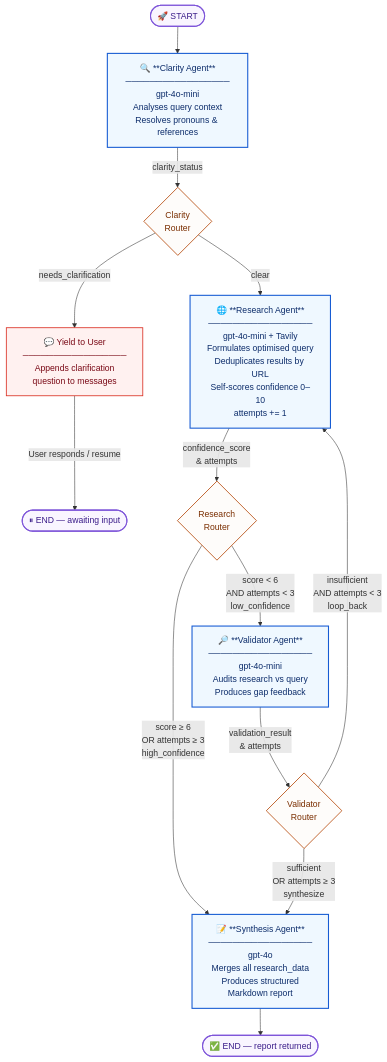
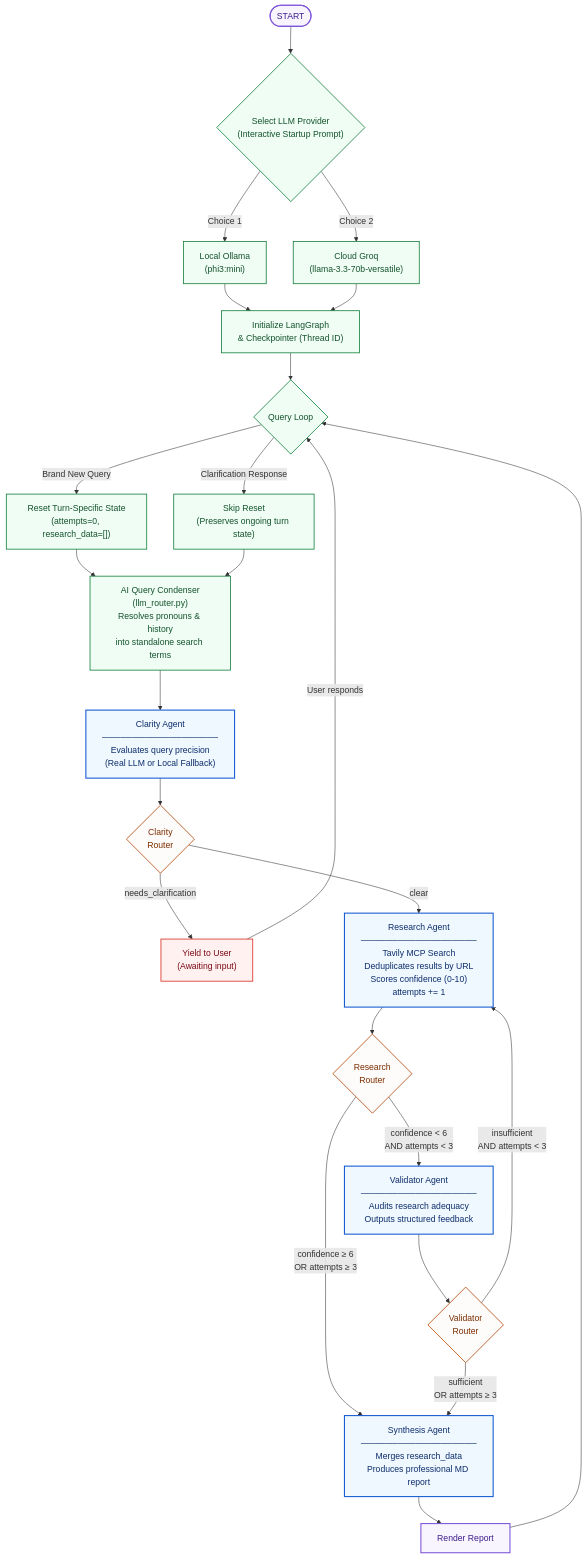
Before and after one commit to uShaukat3737/ResearchFlow_AI: the diagram in README.md, drawn with Mermaid. The commit also changed other lines of this file and 1 other file, not shown here.

````diff
--- a/README.md
+++ b/README.md
@@ -20,42 +20,56 @@
 ```mermaid
 flowchart TD
-    START([🚀 START]) --> CA
+    %% Startup & Configuration
+    START([START]) --> SELECT_PROVIDER{"Select LLM Provider\n(Interactive Startup Prompt)"}
+    
+    SELECT_PROVIDER -->|Choice 1| LOCAL_OLLAMA["Local Ollama\n(phi3:mini)"]
+    SELECT_PROVIDER -->|Choice 2| CLOUD_GROQ["Cloud Groq\n(llama-3.3-70b-versatile)"]
+    
+    LOCAL_OLLAMA --> INIT_GRAPH
+    CLOUD_GROQ --> INIT_GRAPH
+    
+    INIT_GRAPH["Initialize LangGraph\n& Checkpointer (Thread ID)"] --> INPUT_LOOP{"Query Loop"}
+    
+    INPUT_LOOP -->|Brand New Query| RESET_STATE["Reset Turn-Specific State\n(attempts=0, research_data=[])"]
+    INPUT_LOOP -->|Clarification Response| SKIP_RESET["Skip Reset\n(Preserves ongoing turn state)"]
+    
+    RESET_STATE --> OPTIMIZE_QUERY
+    SKIP_RESET --> OPTIMIZE_QUERY
+    
+    OPTIMIZE_QUERY["AI Query Condenser\n(llm_router.py)\nResolves pronouns & history\ninto standalone search terms"] --> CA
+    
+    %% Agent Dag Flow
+    CA["Clarity Agent\n───────────────────\nEvaluates query precision\n(Real LLM or Local Fallback)"] --> CRoute{Clarity\nRouter}
+    
+    CRoute -->|needs_clarification| HITL["Yield to User\n(Awaiting input)"]
+    HITL -->|User responds| INPUT_LOOP
+    
+    CRoute -->|clear| RA
+    
+    RA["Research Agent\n───────────────────\nTavily MCP Search\nDeduplicates results by URL\nScores confidence (0-10)\nattempts += 1"] --> RRoute{Research\nRouter}
+    
+    RRoute -->|confidence ≥ 6\nOR attempts ≥ 3| SA
+    RRoute -->|confidence < 6\nAND attempts < 3| VA
+    
+    VA["Validator Agent\n───────────────────\nAudits research adequacy\nOutputs structured feedback"] --> VRoute{Validator\nRouter}
+    
+    VRoute -->|insufficient\nAND attempts < 3| RA
+    VRoute -->|sufficient\nOR attempts ≥ 3| SA
+    
+    SA["Synthesis Agent\n───────────────────\nMerges research_data\nProduces professional MD report"] --> PRINT_OUTPUT["Render Report"]
+    
+    PRINT_OUTPUT --> INPUT_LOOP
 
-    CA["🔍 **Clarity Agent**\n─────────────────\ngpt-4o-mini\nAnalyses query context\nResolves pronouns & references"]
-
-    CA -->|clarity_status| CRoute{Clarity\nRouter}
-
-    CRoute -->|needs_clarification| HITL["💬 Yield to User\n─────────────────\nAppends clarification\nquestion to messages"]
-    HITL -->|User responds / resume| END_CLARIFY([⏸ END — awaiting input])
-
-    CRoute -->|clear| RA
-
-    RA["🌐 **Research Agent**\n─────────────────\ngpt-4o-mini + Tavily\nFormulates optimised query\nDeduplicates results by URL\nSelf-scores confidence 0–10\nattempts += 1"]
-
-    RA -->|confidence_score\n& attempts| RRoute{Research\nRouter}
-
-    RRoute -->|score ≥ 6\nOR attempts ≥ 3\nhigh_confidence| SA
-    RRoute -->|score < 6\nAND attempts < 3\nlow_confidence| VA
-
-    VA["🔎 **Validator Agent**\n─────────────────\ngpt-4o-mini\nAudits research vs query\nProduces gap feedback"]
-
-    VA -->|validation_result\n& attempts| VRoute{Validator\nRouter}
-
-    VRoute -->|insufficient\nAND attempts < 3\nloop_back| RA
-    VRoute -->|sufficient\nOR attempts ≥ 3\nsynthesize| SA
-
-    SA["📝 **Synthesis Agent**\n─────────────────\ngpt-4o\nMerges all research_data\nProduces structured\nMarkdown report"]
-
-    SA --> END_OK([✅ END — report returned])
-
-    %% Styling
-    classDef agent    fill:#eff8ff,stroke:#175cd3,stroke-width:2px,color:#0d2d6b
-    classDef router   fill:#fefcfa,stroke:#b54708,stroke-width:1.5px,color:#7a2e00
+    %% Styling Elements
+    classDef agent fill:#eff8ff,stroke:#175cd3,stroke-width:2px,color:#0d2d6b
+    classDef router fill:#fefcfa,stroke:#b54708,stroke-width:1.5px,color:#7a2e00
     classDef terminal fill:#f9f5ff,stroke:#7f56d9,stroke-width:2px,color:#3b1d8a
-    classDef hitl     fill:#fff1f0,stroke:#d92d20,stroke-width:1.5px,color:#7a0916
+    classDef hitl fill:#fff1f0,stroke:#d92d20,stroke-width:1.5px,color:#7a0916
+    classDef sys fill:#f0fdf4,stroke:#15803d,stroke-width:1.5px,color:#14532d
 
     class CA,RA,VA,SA agent
     class CRoute,RRoute,VRoute router
-    class START,END_OK,END_CLARIFY terminal
+    class START,PRINT_OUTPUT terminal
     class HITL hitl
+    class SELECT_PROVIDER,LOCAL_OLLAMA,CLOUD_GROQ,INIT_GRAPH,INPUT_LOOP,RESET_STATE,SKIP_RESET,OPTIMIZE_QUERY sys
 ```
````
